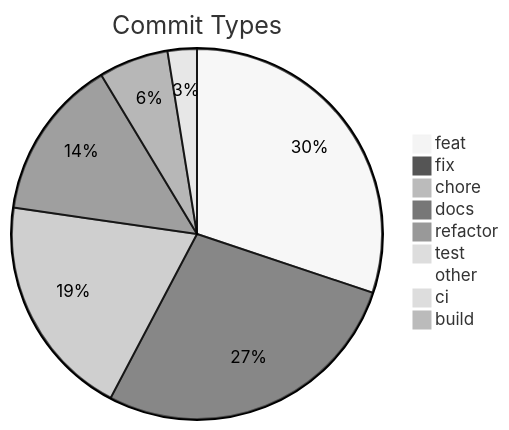
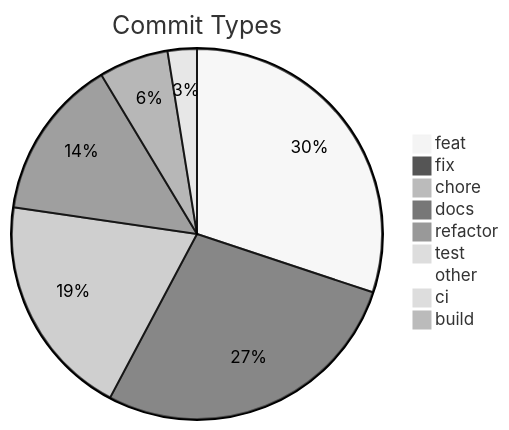
One commit to svenroth-ai/shipwright changed the diagram in .shipwright/compliance/change-history.md. Above: the diagram before and after it, drawn with Mermaid (neutral theme). The commit also changed other lines of this file and 17 other files, not shown here.

````diff
--- a/.shipwright/compliance/change-history.md
+++ b/.shipwright/compliance/change-history.md
@@ -8,12 +8,12 @@
 ```mermaid
 pie title Commit Types
     "feat" : 248
-    "fix" : 227
+    "fix" : 228
     "chore" : 161
     "docs" : 116
     "refactor" : 50
     "test" : 21
     "other" : 7
     "ci" : 6
     "build" : 1
 ```
````
